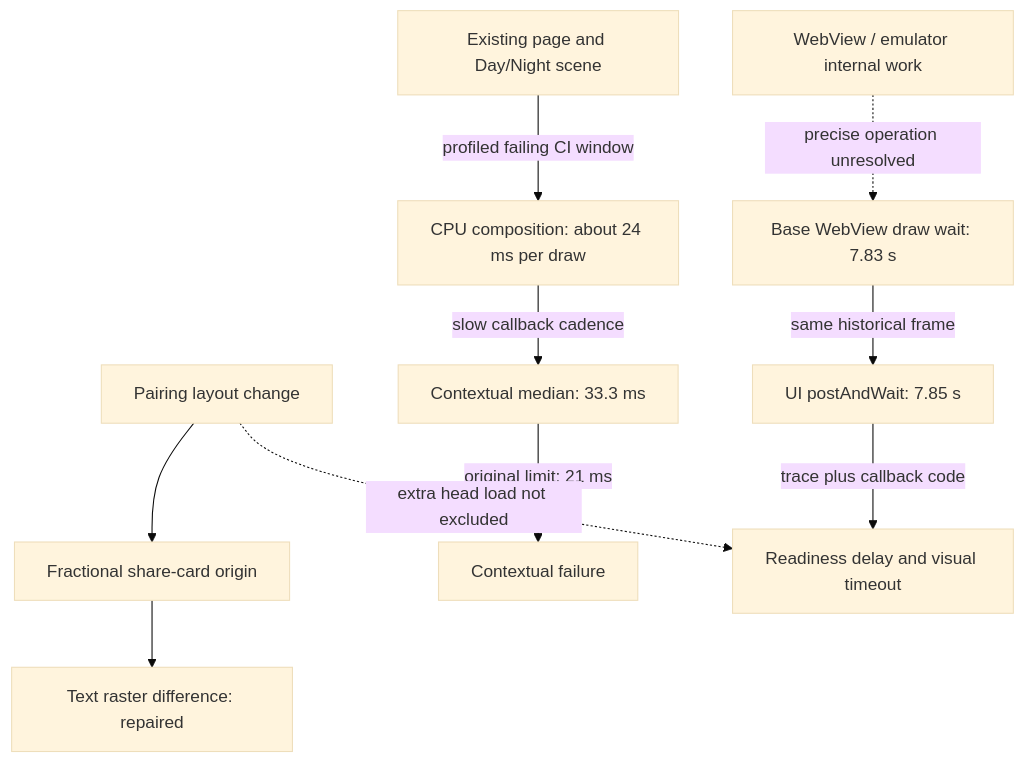
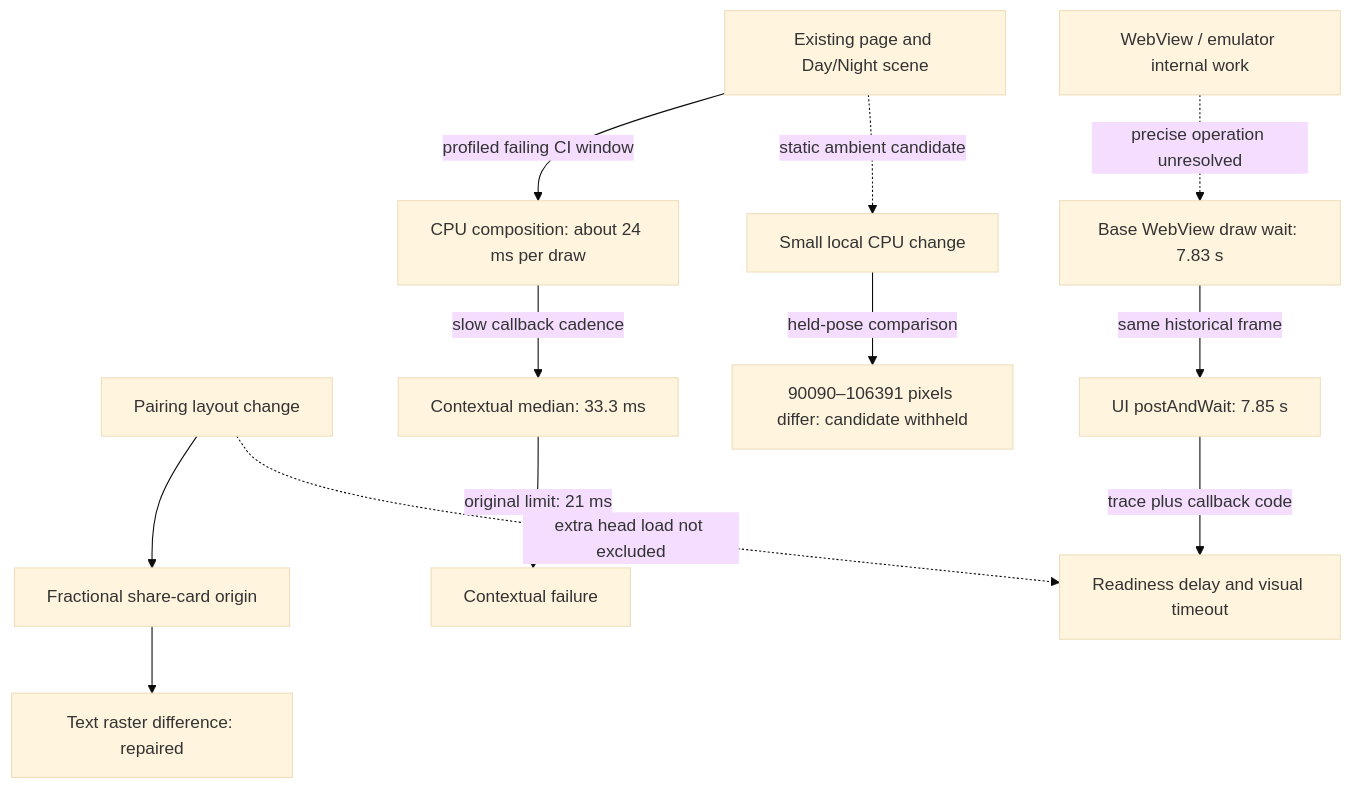
Before and after one commit to safal207/robys-coffee-house-demo: the diagram in docs/qa/pr342-causal-graph-2026-09-07.md, drawn with Mermaid (base theme). The commit also changed other lines of this file and 1 other file, not shown here.

````diff
--- a/docs/qa/pr342-causal-graph-2026-09-07.md
+++ b/docs/qa/pr342-causal-graph-2026-09-07.md
@@ -16,12 +17,14 @@
 ```mermaid
 flowchart TD
   P["Pairing layout change"] --> O["Fractional share-card origin"]
   O --> V["Text raster difference: repaired"]
   E["Existing page and Day/Night scene"] -->|"profiled failing CI window"| S["CPU composition: about 24 ms per draw"]
   S -->|"slow callback cadence"| C["Contextual median: 33.3 ms"]
   C -->|"original limit: 21 ms"| F["Contextual failure"]
+  E -.->|"static ambient candidate"| H["Small local CPU change"]
+  H -->|"held-pose comparison"| R["90090–106391 pixels differ: candidate withheld"]
   G["WebView / emulator internal work"] -.->|"precise operation unresolved"| D["Base WebView draw wait: 7.83 s"]
   D -->|"same historical frame"| U["UI postAndWait: 7.85 s"]
   U -->|"trace plus callback code"| A["Readiness delay and visual timeout"]
   P -.->|"extra head load not excluded"| A
 ```
````
